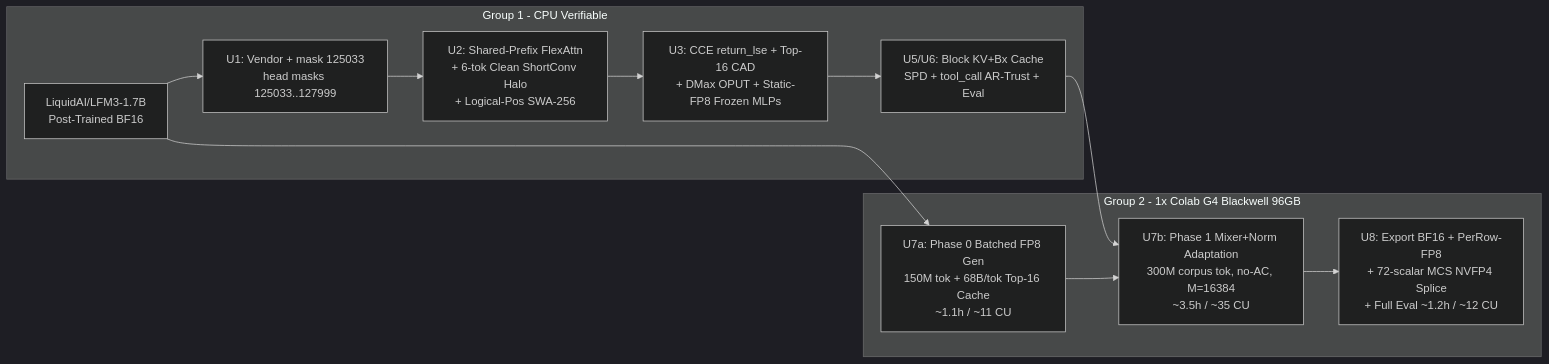
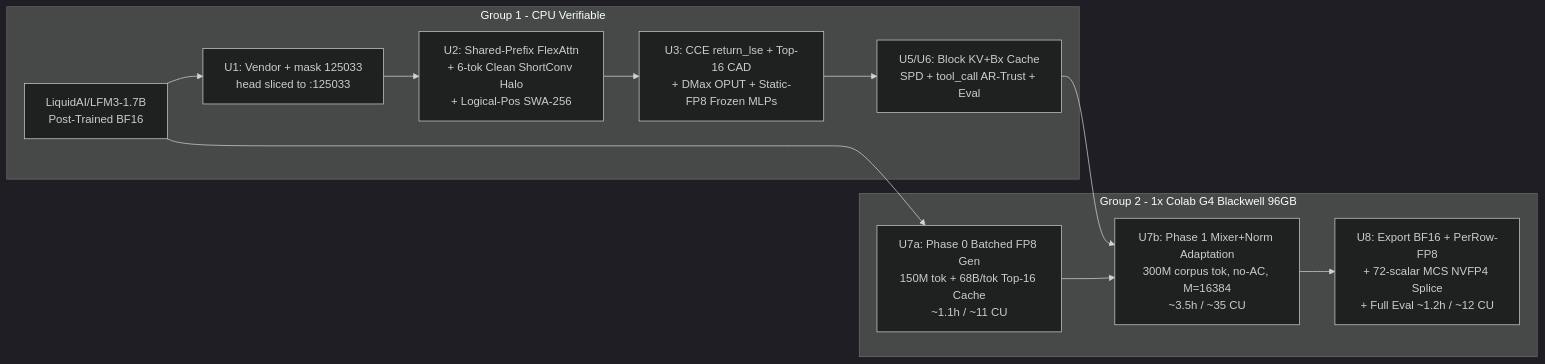
One commit to akorite/lfm3-diffusion changed the diagram in docs/plans/2026-11-07-1357-feat-lfm3-diffusion-conversion-plan.md. Above: the diagram before and after it, drawn with Mermaid (dark theme). The commit also changed other lines of this file, not shown here.

````diff
--- a/docs/plans/2026-11-07-1357-feat-lfm3-diffusion-conversion-plan.md
+++ b/docs/plans/2026-11-07-1357-feat-lfm3-diffusion-conversion-plan.md
@@ -132,14 +132,14 @@
 ```mermaid
 flowchart LR
   subgraph prep[Group 1 - CPU Verifiable]
-    A[LiquidAI/LFM3-1.7B<br/>Post-Trained BF16] --> B[U1: Vendor + mask 125033<br/>head masks 125033..127999]
+    A[LiquidAI/LFM3-1.7B<br/>Post-Trained BF16] --> B[U1: Vendor + mask 125033<br/>head sliced to :125033]
     B --> C[U2: Shared-Prefix FlexAttn<br/>+ 6-tok Clean ShortConv Halo<br/>+ Logical-Pos SWA-256]
     C --> D[U3: CCE return_lse + Top-16 CAD<br/>+ DMax OPUT + Static-FP8 Frozen MLPs]
     D --> E[U5/U6: Block KV+Bx Cache<br/>SPD + tool_call AR-Trust + Eval]
   end
   subgraph gpu[Group 2 - 1x Colab G4 Blackwell 96GB]
     A --> F[U7a: Phase 0 Batched FP8 Gen<br/>150M tok + 68B/tok Top-16 Cache<br/>~1.1h / ~11 CU]
     E & F --> G[U7b: Phase 1 Mixer+Norm Adaptation<br/>300M corpus tok, no-AC, M=16384<br/>~3.5h / ~35 CU]
     G --> H[U8: Export BF16 + PerRow-FP8<br/>+ 72-scalar MCS NVFP4 Splice<br/>+ Full Eval ~1.2h / ~12 CU]
   end
 ```
````
